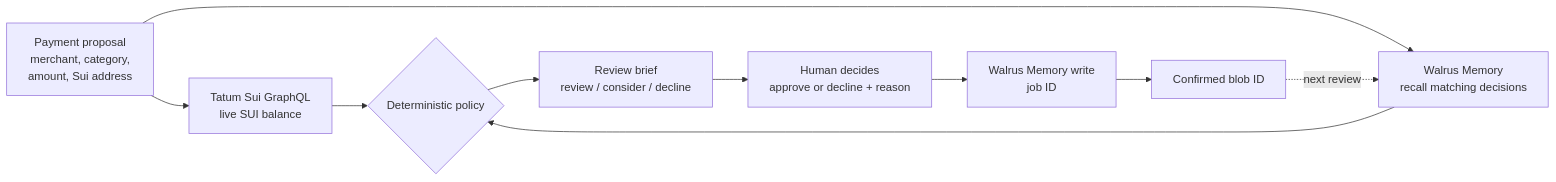
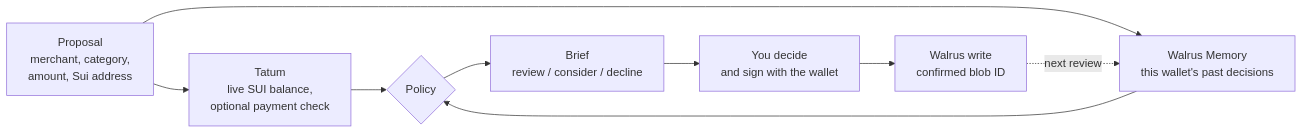
One commit to 0xNexuz/spendmemory changed the diagram in README.md. Above: the diagram before and after it, drawn with Mermaid. The commit also changed other lines of this file and 8 other files, not shown here.

````diff
--- a/README.md
+++ b/README.md
@@ -28,12 +26,11 @@
 ```mermaid
 flowchart LR
-    A[Payment proposal<br/>merchant, category,<br/>amount, Sui address] --> B[Tatum Sui GraphQL<br/>live SUI balance]
-    A --> C[Walrus Memory<br/>recall matching decisions]
-    B --> D{Deterministic policy}
+    A[Proposal<br/>merchant, category,<br/>amount, Sui address] --> B[Tatum<br/>live SUI balance,<br/>optional payment check]
+    A --> C[Walrus Memory<br/>this wallet's past decisions]
+    B --> D{Policy}
     C --> D
-    D --> E[Review brief<br/>review / consider / decline]
-    E --> F[Human decides<br/>approve or decline + reason]
-    F --> G[Walrus Memory write<br/>job ID]
-    G --> H[Confirmed blob ID]
-    H -. next review .-> C
+    D --> E[Brief<br/>review / consider / decline]
+    E --> F[You decide<br/>and sign with the wallet]
+    F --> G[Walrus write<br/>confirmed blob ID]
+    G -. next review .-> C
 ```
````
